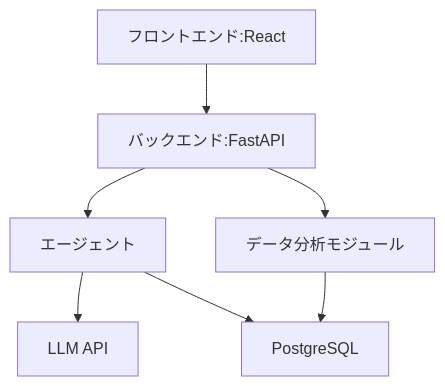
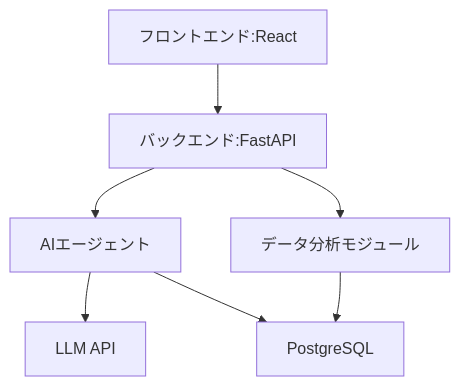
Before and after one commit to duwenji/stock-analyzer: the first of 3 diagrams in project-introduction.md, drawn with Mermaid. The commit also changed 3 other files, not shown here.

````diff
--- a/project-introduction.md
+++ b/project-introduction.md
@@ -18,9 +18,9 @@
 ```mermaid
 graph TD
   A[フロントエンド:React] --> B[バックエンド:FastAPI]
-  B --> C[エージェント]
+  B --> C[AIエージェント]
   C --> D[LLM API]
   C --> E[PostgreSQL]
   B --> F[データ分析モジュール]
   F --> E
 ```
````
